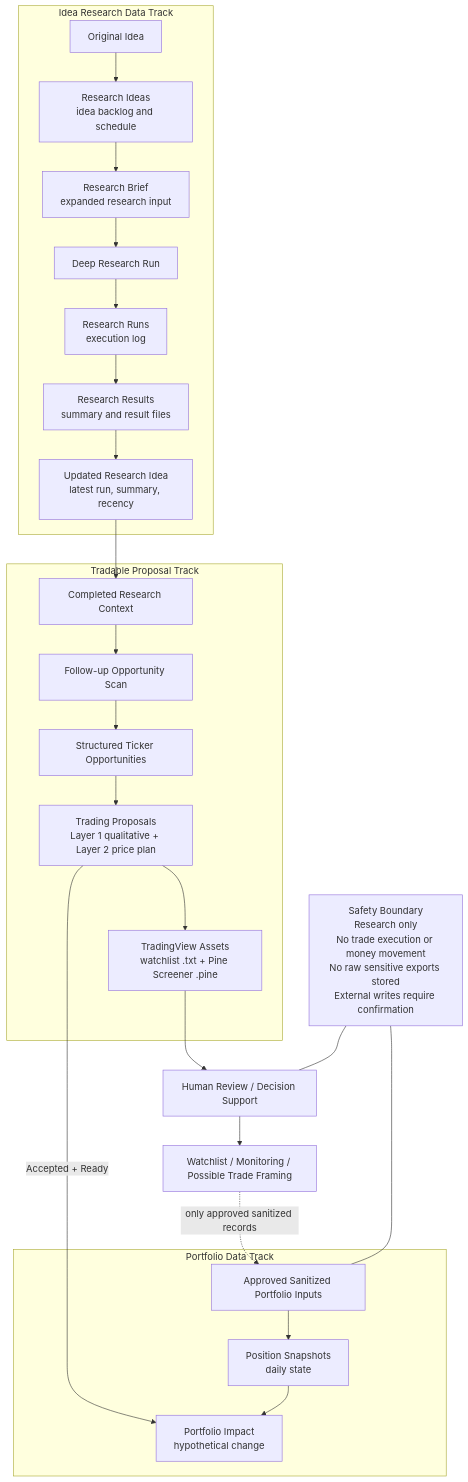
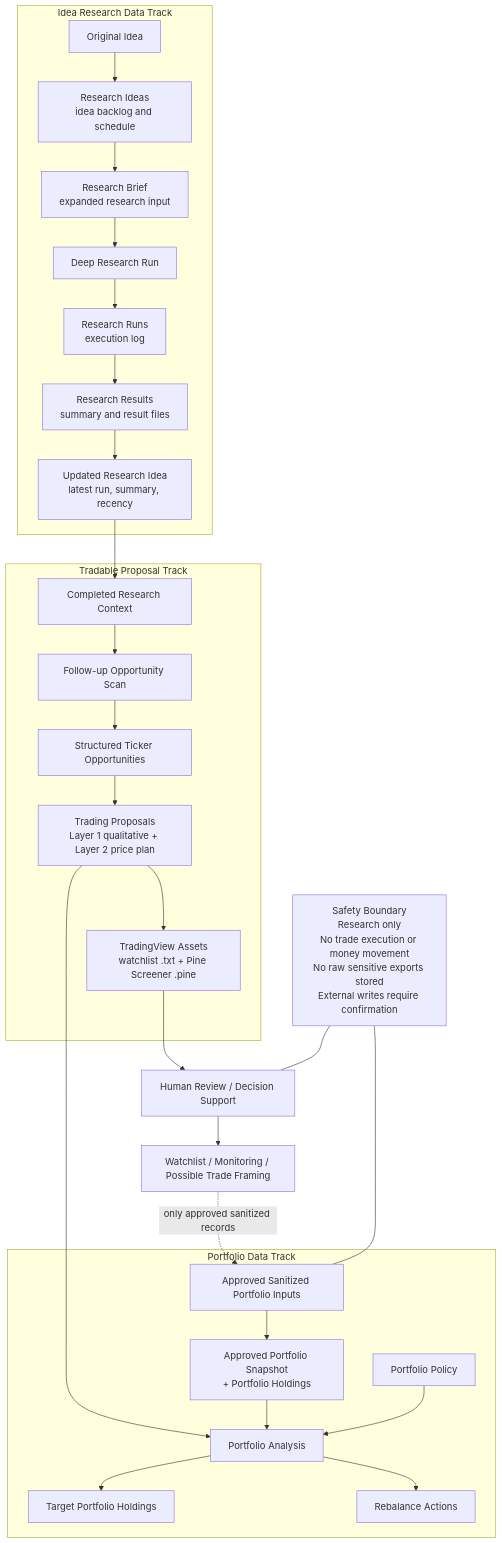
The diagram in README.md (jonecheung/investment-ai), drawn with Mermaid before and after one commit. The commit also changed other lines of this file and 5 other files, not shown here.

First line of the commit message:
Align portfolio schema with analysis workflow and guardrails.

````diff
--- a/README.md
+++ b/README.md
@@ -56,42 +56,48 @@
 ```mermaid
 flowchart TD
   subgraph IR[Idea Research Data Track]
     A[Original Idea]
     B[Research Ideas<br/>idea backlog and schedule]
     C[Research Brief<br/>expanded research input]
     D[Deep Research Run]
     E[Research Runs<br/>execution log]
     F[Research Results<br/>summary and result files]
     G[Updated Research Idea<br/>latest run, summary, recency]
   end
 
   subgraph TP[Tradable Proposal Track]
     H[Completed Research Context]
     I[Follow-up Opportunity Scan]
     J[Structured Ticker Opportunities]
     K[Trading Proposals<br/>Layer 1 qualitative + Layer 2 price plan]
     TV[TradingView Assets<br/>watchlist .txt + Pine Screener .pine]
   end
 
   subgraph PF[Portfolio Data Track]
     L[Approved Sanitized Portfolio Inputs]
-    Q[Position Snapshots<br/>daily state]
-    Impact[Portfolio Impact<br/>hypothetical change]
+    APS[Approved Portfolio Snapshot<br/>+ Portfolio Holdings]
+    Policy[Portfolio Policy]
+    PA[Portfolio Analysis]
+    TPH[Target Portfolio Holdings]
+    RA[Rebalance Actions]
   end
 
   A --> B --> C --> D --> E --> F --> G
 
   G --> H --> I --> J --> K --> TV
 
   TV --> R[Human Review / Decision Support]
   R --> S[Watchlist / Monitoring / Possible Trade Framing]
   S -. only approved sanitized records .-> L
 
-  L --> Q
-  K -->|"Accepted + Ready"| Impact
-  Q --> Impact
+  L --> APS
+  K --> PA
+  APS --> PA
+  Policy --> PA
+  PA --> TPH
+  PA --> RA
 
   Z[Safety Boundary<br/>Research only<br/>No trade execution or money movement<br/>No raw sensitive exports stored<br/>External writes require confirmation]
   Z --- R
   Z --- L
 ```
````
